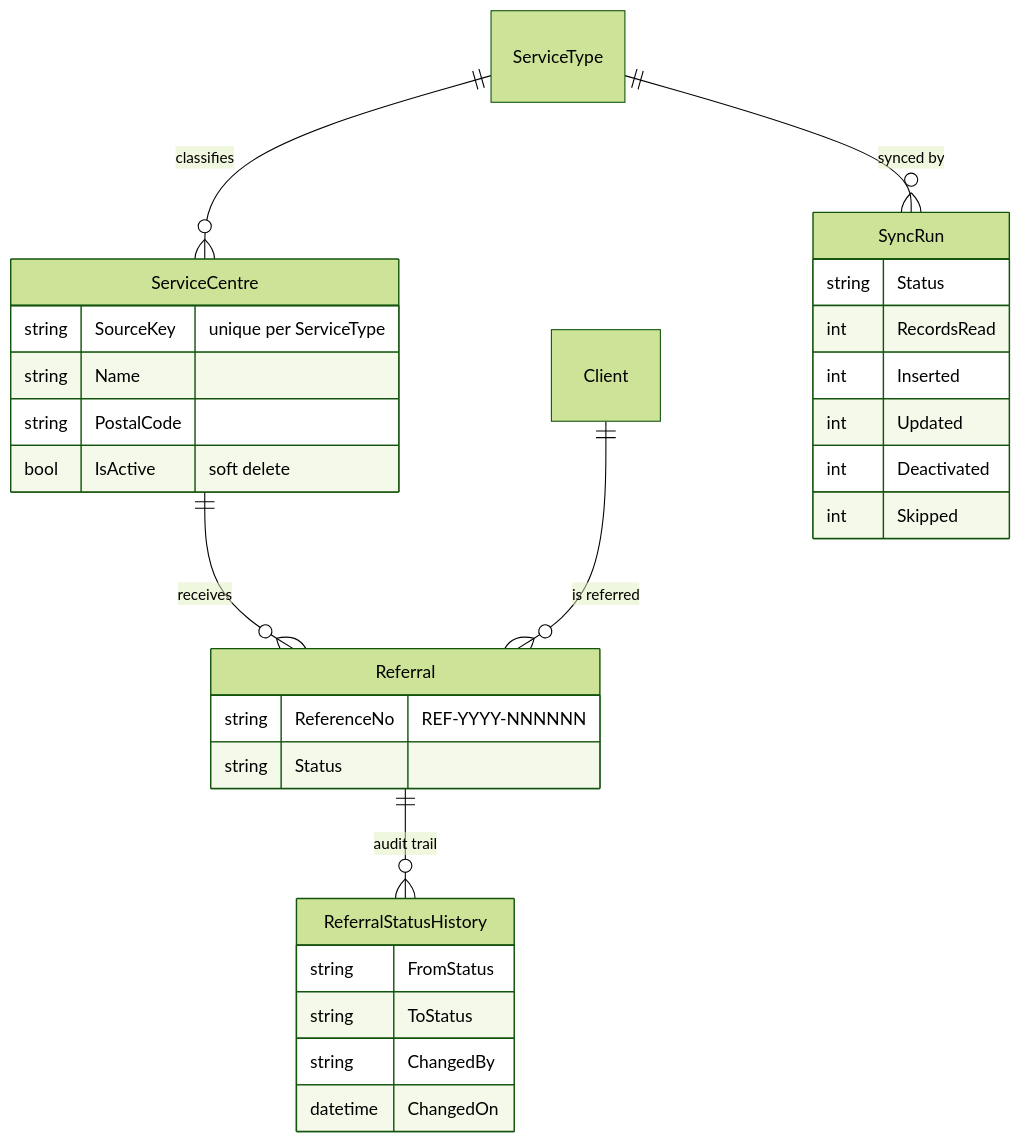
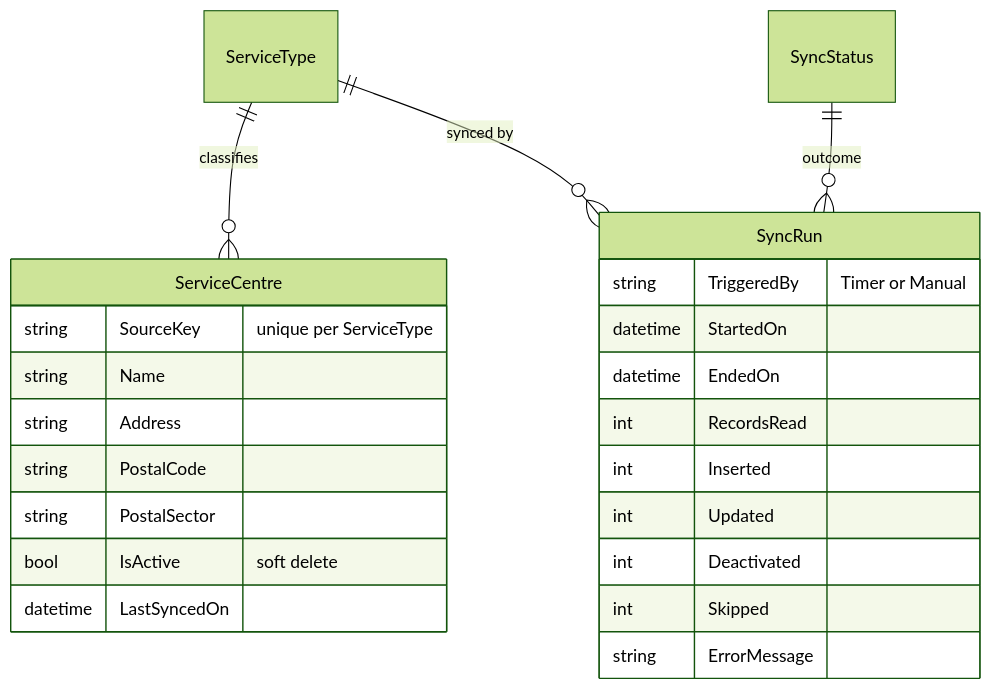
The second of 4 diagrams in README.md (MarcGenesisPantoja/MSF_TechnicalExam), drawn with Mermaid (forest theme) before and after one commit. The commit also changed other lines of this file and 8 other files, not shown here.

First line of the commit message:
Scope the build to the service directory and its sync pipeline

````diff
--- a/README.md
+++ b/README.md
@@ -98,33 +98,27 @@
 ```mermaid
 erDiagram
     ServiceType ||--o{ ServiceCentre : classifies
-    ServiceCentre ||--o{ Referral : receives
-    Client ||--o{ Referral : "is referred"
-    Referral ||--o{ ReferralStatusHistory : "audit trail"
     ServiceType ||--o{ SyncRun : "synced by"
+    SyncStatus ||--o{ SyncRun : "outcome"
 
     ServiceCentre {
         string SourceKey "unique per ServiceType"
         string Name
+        string Address
         string PostalCode
+        string PostalSector
         bool IsActive "soft delete"
-    }
-    Referral {
-        string ReferenceNo "REF-YYYY-NNNNNN"
-        string Status
-    }
-    ReferralStatusHistory {
-        string FromStatus
-        string ToStatus
-        string ChangedBy
-        datetime ChangedOn
+        datetime LastSyncedOn
     }
     SyncRun {
-        string Status
+        string TriggeredBy "Timer or Manual"
+        datetime StartedOn
+        datetime EndedOn
         int RecordsRead
         int Inserted
         int Updated
         int Deactivated
         int Skipped
+        string ErrorMessage
     }
 ```
````
